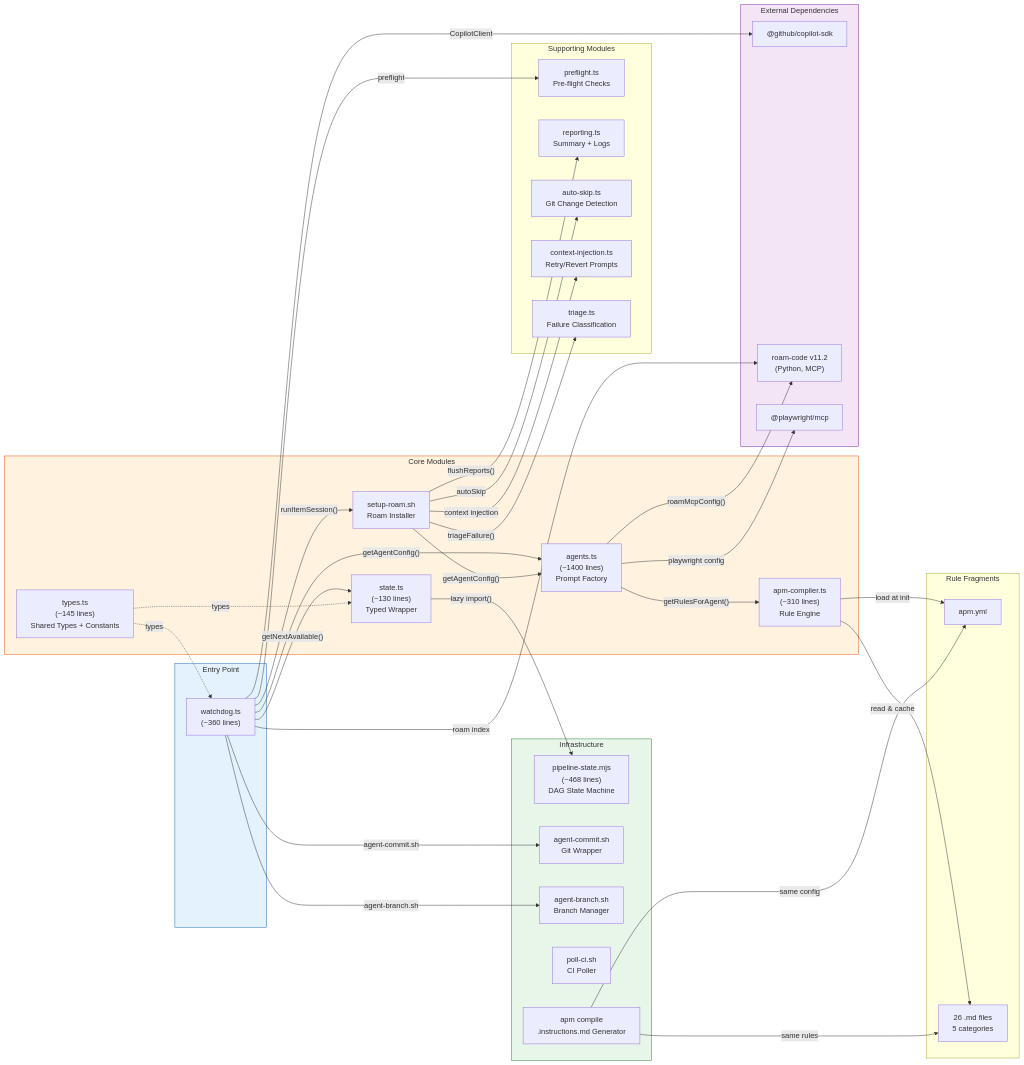
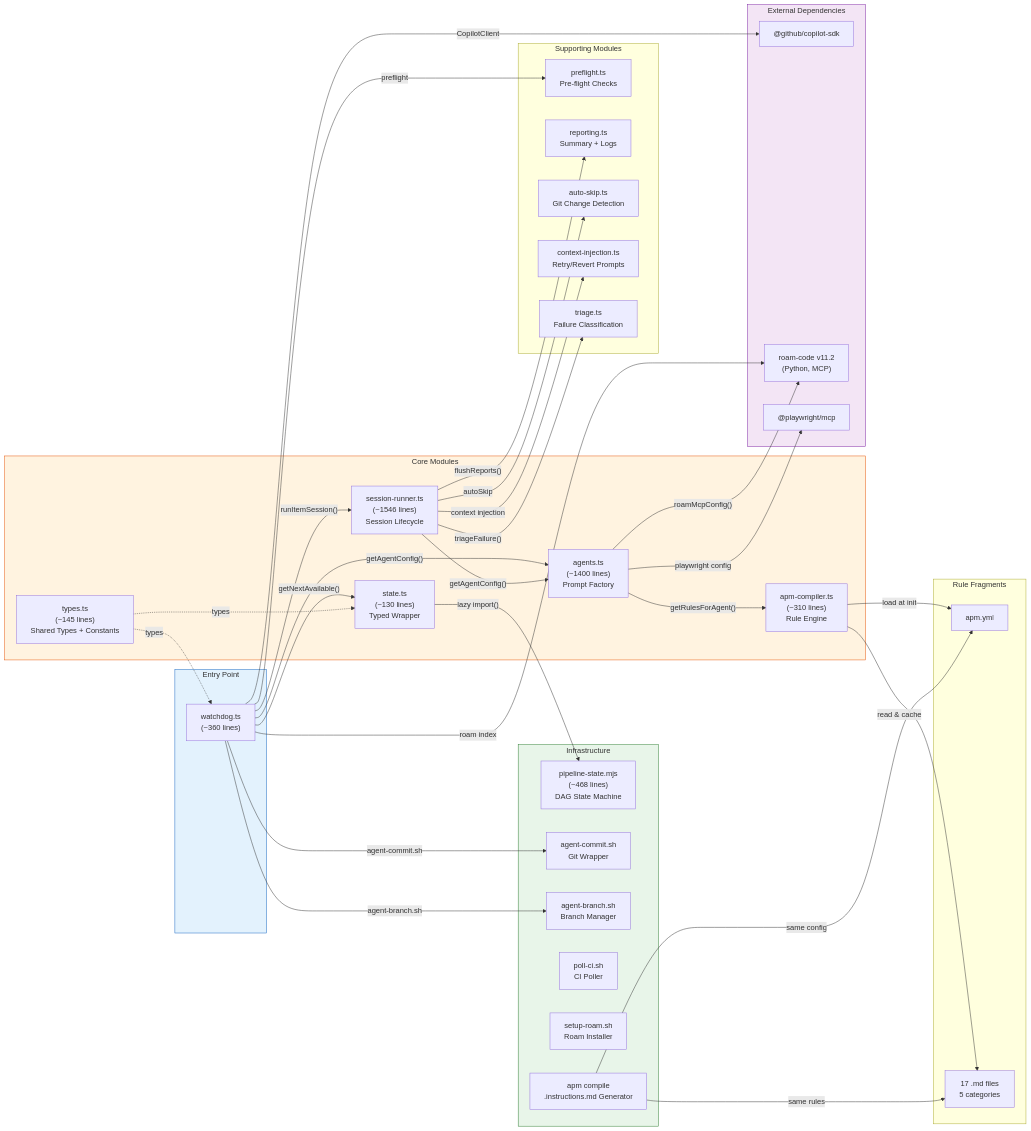
Before and after one commit to RomanKaliupinMelonusa/DAGent-t: the second of 5 diagrams in tools/autonomous-factory/docs/00-overview.md, drawn with Mermaid. The commit also changed other lines of this file and 37 other files, not shown here.

````diff
--- a/tools/autonomous-factory/docs/00-overview.md
+++ b/tools/autonomous-factory/docs/00-overview.md
@@ -95,71 +96,71 @@
 ```mermaid
 flowchart LR
     subgraph ENTRY["Entry Point"]
         W["watchdog.ts\n(~360 lines)"]
     end
 
     subgraph CORE["Core Modules"]
         SR["session-runner.ts\n(~1546 lines)\nSession Lifecycle"]
         A["agents.ts\n(~1400 lines)\nPrompt Factory"]
         PA["apm-compiler.ts\n(~310 lines)\nRule Engine"]
         S["state.ts\n(~130 lines)\nTyped Wrapper"]
         T["types.ts\n(~145 lines)\nShared Types + Constants"]
     end
 
     subgraph SUPPORT["Supporting Modules"]
         PF["preflight.ts\nPre-flight Checks"]
         RP["reporting.ts\nSummary + Logs"]
         AS["auto-skip.ts\nGit Change Detection"]
         CI["context-injection.ts\nRetry/Revert Prompts"]
         TR["triage.ts\nFailure Classification"]
     end
 
     subgraph INFRA["Infrastructure"]
         PS["pipeline-state.mjs\n(~468 lines)\nDAG State Machine"]
         AC["agent-commit.sh\nGit Wrapper"]
         AB["agent-branch.sh\nBranch Manager"]
         PC["poll-ci.sh\nCI Poller"]
-        SR["setup-roam.sh\nRoam Installer"]
+        SROAM["setup-roam.sh\nRoam Installer"]
         BI["apm compile\n.instructions.md Generator"]
     end
 
     subgraph RULES["Rule Fragments"]
         MF["apm.yml"]
-        RF["26 .md files\n5 categories"]
+        RF["17 .md files\n5 categories"]
     end
 
     subgraph EXT["External Dependencies"]
         SDK["@github/copilot-sdk"]
         ROAM["roam-code v11.2\n(Python, MCP)"]
         PW["@playwright/mcp"]
     end
 
     W -->|"getAgentConfig()"| A
     W -->|"runItemSession()"| SR
     W -->|"getNextAvailable()"| S
     W -->|"agent-commit.sh"| AC
     W -->|"agent-branch.sh"| AB
     W -->|"roam index"| ROAM
     SR -->|"getAgentConfig()"| A
     SR -->|"triageFailure()"| TR
     SR -->|"autoSkip"| AS
     SR -->|"flushReports()"| RP
     SR -->|"context injection"| CI
     W -->|"preflight"| PF
     A -->|"getRulesForAgent()"| PA
     A -->|"roamMcpConfig()"| ROAM
     A -->|"playwright config"| PW
     S -->|"lazy import()"| PS
     PA -->|"load at init"| MF
     PA -->|"read & cache"| RF
     BI -->|"same config"| MF
     BI -->|"same rules"| RF
     W -->|"CopilotClient"| SDK
     T -.->|"types"| W
     T -.->|"types"| S
 
     style ENTRY fill:#e3f2fd,stroke:#1565c0
     style CORE fill:#fff3e0,stroke:#e65100
     style INFRA fill:#e8f5e9,stroke:#2e7d32
     style EXT fill:#f3e5f5,stroke:#7b1fa2
 ```
````
